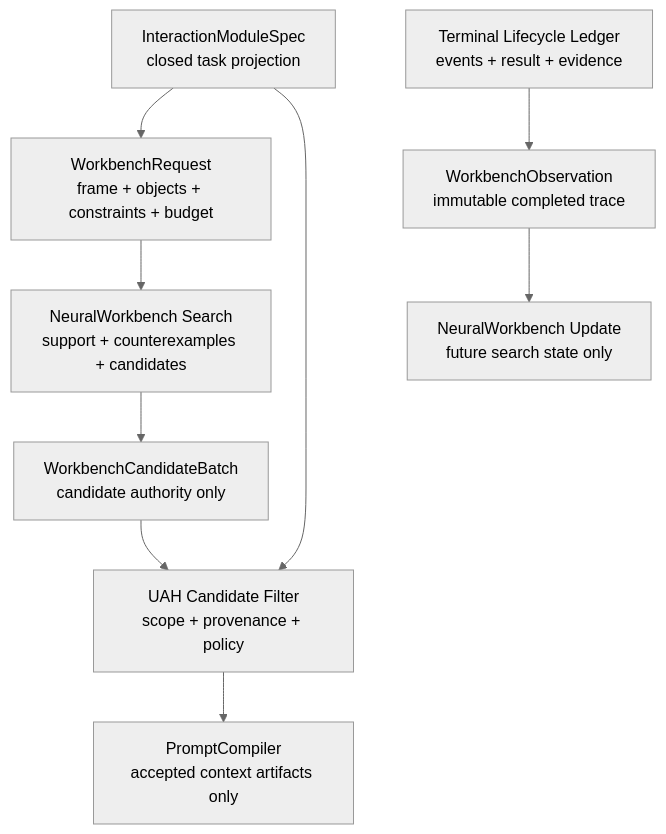
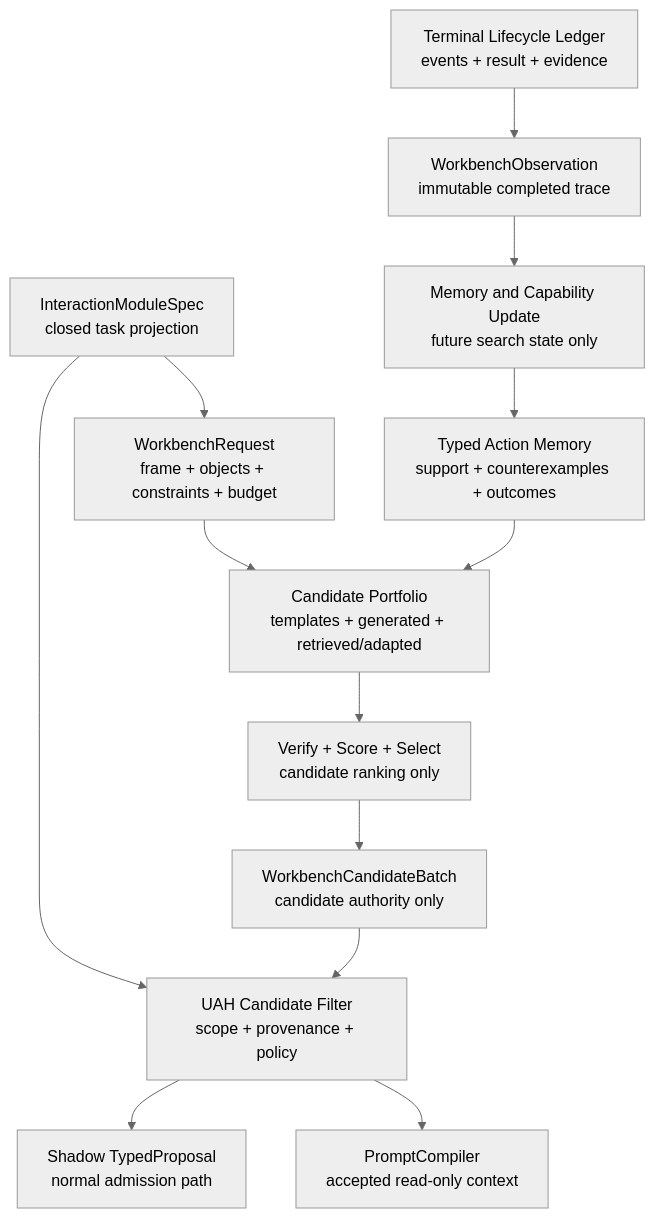
One commit to ieverythng/universal-agentic-harness changed the seventh of 10 diagrams in docs/architecture/universal_agentic_harness_foundation.md. Above: the diagram before and after it, drawn with Mermaid (neutral theme). The commit also changed other lines of this file and 26 other files, not shown here.

````diff
--- a/docs/architecture/universal_agentic_harness_foundation.md
+++ b/docs/architecture/universal_agentic_harness_foundation.md
@@ -341,21 +433,28 @@
 ```mermaid
-%% uah-render: Figure 4. Bounded Workbench search before a call and observation after a run
+%% uah-render: Figure 4. H3 Workbench muscle-memory loop within UAH authority
 flowchart TB
     Module["InteractionModuleSpec<br/>closed task projection"]:::projection
     Request["WorkbenchRequest<br/>frame + objects + constraints + budget"]:::compiler
-    Search["NeuralWorkbench Search<br/>support + counterexamples + candidates"]:::model
+    Memory["Typed Action Memory<br/>support + counterexamples + outcomes"]:::trace
+    Sources["Candidate Portfolio<br/>templates + generated + retrieved/adapted"]:::model
+    Verify["Verify + Score + Select<br/>candidate ranking only"]:::gate
     Candidate["WorkbenchCandidateBatch<br/>candidate authority only"]:::proposal
     Filter["UAH Candidate Filter<br/>scope + provenance + policy"]:::gate
-    Prompt["PromptCompiler<br/>accepted context artifacts only"]:::compiler
+    Prompt["PromptCompiler<br/>accepted read-only context"]:::compiler
+    Shadow["Shadow TypedProposal<br/>normal admission path"]:::proposal
     Ledger["Terminal Lifecycle Ledger<br/>events + result + evidence"]:::trace
     Observation["WorkbenchObservation<br/>immutable completed trace"]:::evidence
-    Learning["NeuralWorkbench Update<br/>future search state only"]:::model
+    Update["Memory and Capability Update<br/>future search state only"]:::model
     Module --> Request
-    Request --> Search
-    Search --> Candidate
+    Request --> Sources
+    Memory --> Sources
+    Sources --> Verify
+    Verify --> Candidate
     Candidate --> Filter
     Module --> Filter
     Filter --> Prompt
+    Filter --> Shadow
     Ledger --> Observation
-    Observation --> Learning
+    Observation --> Update
+    Update --> Memory
 ```
````
